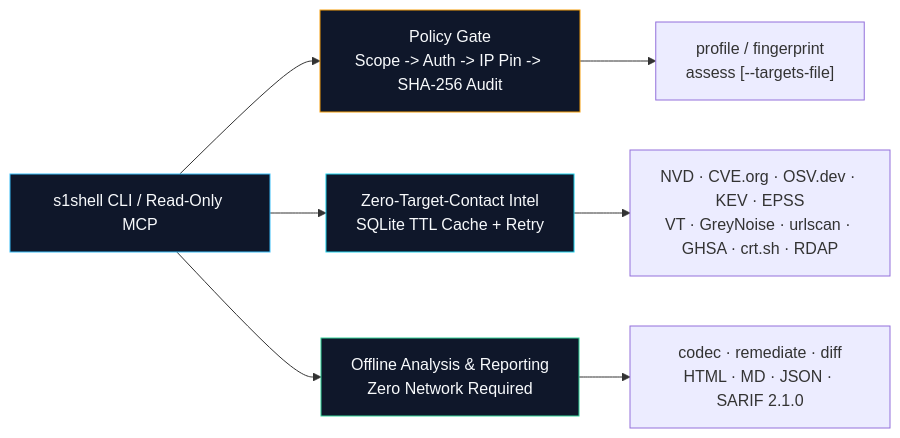
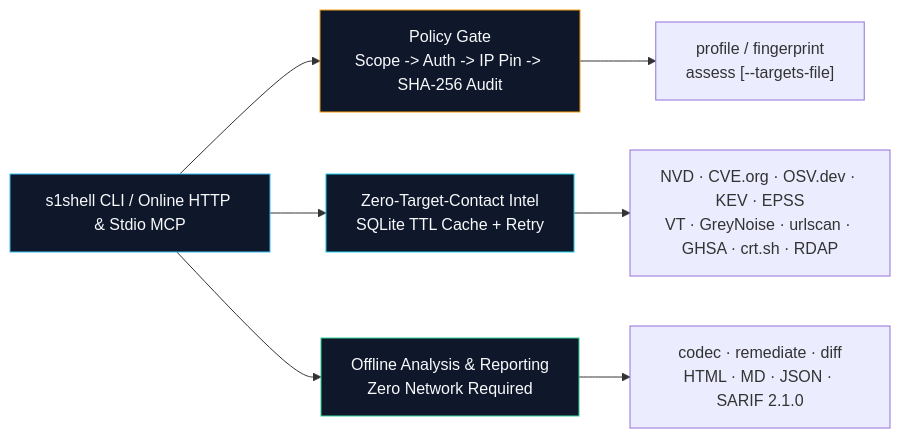
Before and after one commit to willygailo/ProjectPY: the first of 2 diagrams in README.md, drawn with Mermaid. The commit also changed other lines of this file and 23 other files, not shown here.

Commit message:
feat: add advanced defensive AI skills, multi-stage pipelines, and online HTTP MCP server support

````diff
--- a/README.md
+++ b/README.md
@@ -33,15 +33,15 @@
 ```mermaid
 flowchart LR
-    CLI["s1shell CLI / Read-Only MCP"] --> GATE["Policy Gate\nScope -> Auth -> IP Pin -> SHA-256 Audit"]
+    CLI["s1shell CLI / Online HTTP & Stdio MCP"] --> GATE["Policy Gate\nScope -> Auth -> IP Pin -> SHA-256 Audit"]
     CLI --> INTEL["Zero-Target-Contact Intel\nSQLite TTL Cache + Retry"]
     CLI --> OFFLINE["Offline Analysis & Reporting\nZero Network Required"]
 
     GATE --> TARGET["profile / fingerprint\nassess [--targets-file]"]
     INTEL --> FEEDS["NVD · CVE.org · OSV.dev · KEV · EPSS\nVT · GreyNoise · urlscan · GHSA · crt.sh · RDAP"]
     OFFLINE --> OUT["codec · remediate · diff\nHTML · MD · JSON · SARIF 2.1.0"]
 
     style CLI fill:#0f172a,stroke:#38bdf8,color:#f8fafc
     style GATE fill:#0f172a,stroke:#f59e0b,color:#f8fafc
     style INTEL fill:#0f172a,stroke:#22d3ee,color:#f8fafc
     style OFFLINE fill:#0f172a,stroke:#34d399,color:#f8fafc
 ```
````
